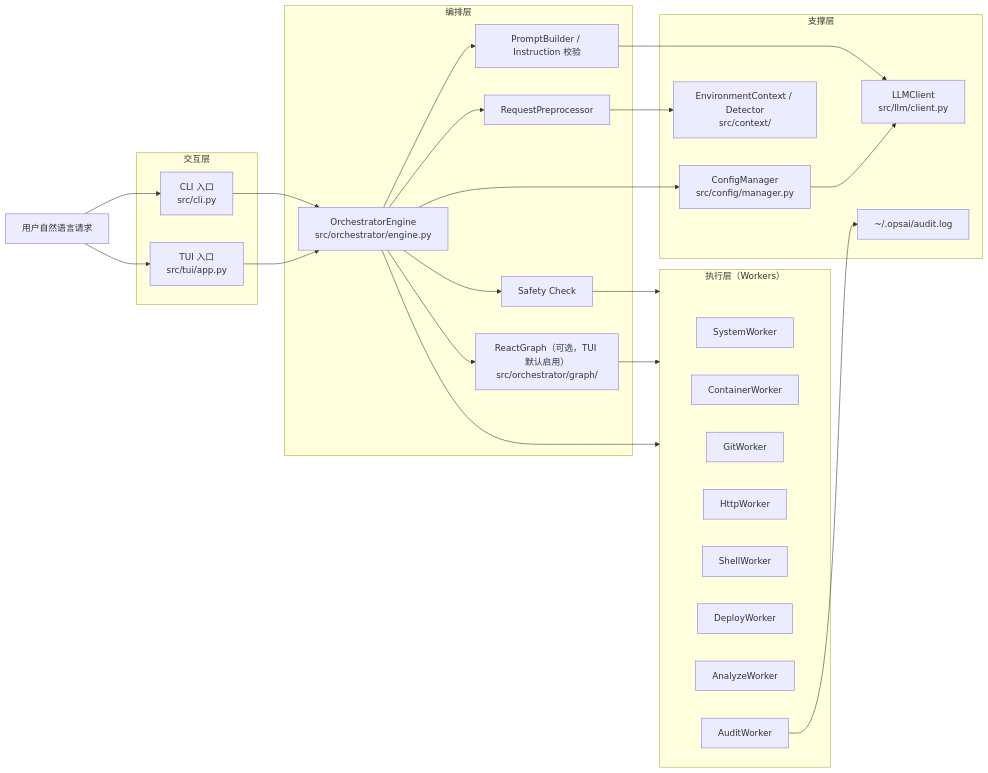
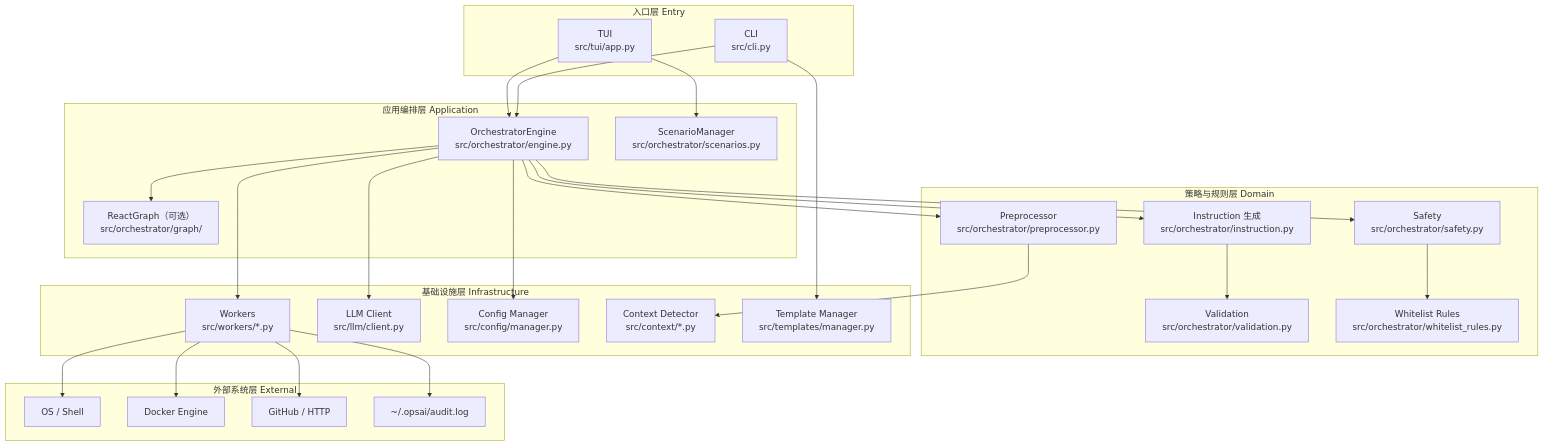
The diagram in README.md (qqzhangyanhua/mainer-cli), drawn with Mermaid before and after one commit. The commit also changed other lines of this file and 2 other files, not shown here.

Commit message:
feat: 为 /history 命令增加可选参数支持并优化状态栏反馈
【main分支】
- /history 现可接受 N 或 all 参数，灵活展示最近 N 条或全部会话记录
- 状态栏开关命令返回即时中文提示，提升交互体验
- README 系统架构图重排为 5 层 TB 流向，新增 ScenarioManager、Whitelist Rules 等组件并补充分层说明

````diff
--- a/README.md
+++ b/README.md
@@ -9,52 +9,58 @@
 ```mermaid
-flowchart LR
-    U["用户自然语言请求"]
-
-    subgraph Entry["交互层"]
-        CLI["CLI 入口<br/>src/cli.py"]
-        TUI["TUI 入口<br/>src/tui/app.py"]
+flowchart TB
+    subgraph L1["入口层 Entry"]
+        CLI["CLI<br/>src/cli.py"]
+        TUI["TUI<br/>src/tui/app.py"]
     end
 
-    subgraph Core["编排层"]
+    subgraph L2["应用编排层 Application"]
         ENG["OrchestratorEngine<br/>src/orchestrator/engine.py"]
-        GRAPH["ReactGraph（可选，TUI 默认启用）<br/>src/orchestrator/graph/"]
-        PRE["RequestPreprocessor"]
-        PROMPT["PromptBuilder / Instruction 校验"]
-        SAFE["Safety Check"]
+        GRAPH["ReactGraph（可选）<br/>src/orchestrator/graph/"]
+        SCN["ScenarioManager<br/>src/orchestrator/scenarios.py"]
     end
 
-    subgraph Runtime["执行层（Workers）"]
-        W_SYS["SystemWorker"]
-        W_CONTAINER["ContainerWorker"]
-        W_GIT["GitWorker"]
-        W_HTTP["HttpWorker"]
-        W_SHELL["ShellWorker"]
-        W_DEPLOY["DeployWorker"]
-        W_ANALYZE["AnalyzeWorker"]
-        W_AUDIT["AuditWorker"]
+    subgraph L3["策略与规则层 Domain"]
+        PRE["Preprocessor<br/>src/orchestrator/preprocessor.py"]
+        INS["Instruction 生成<br/>src/orchestrator/instruction.py"]
+        VAL["Validation<br/>src/orchestrator/validation.py"]
+        SAF["Safety<br/>src/orchestrator/safety.py"]
+        WLR["Whitelist Rules<br/>src/orchestrator/whitelist_rules.py"]
     end
 
-    subgraph Support["支撑层"]
-        CFG["ConfigManager<br/>src/config/manager.py"]
-        CTX["EnvironmentContext / Detector<br/>src/context/"]
-        LLM["LLMClient<br/>src/llm/client.py"]
-        LOG["~/.opsai/audit.log"]
+    subgraph L4["基础设施层 Infrastructure"]
+        WRK["Workers<br/>src/workers/*.py"]
+        LLM["LLM Client<br/>src/llm/client.py"]
+        CFG["Config Manager<br/>src/config/manager.py"]
+        CTX["Context Detector<br/>src/context/*.py"]
+        TMP["Template Manager<br/>src/templates/manager.py"]
     end
 
-    U --> CLI
-    U --> TUI
+    subgraph L5["外部系统层 External"]
+        OS["OS / Shell"]
+        DK["Docker Engine"]
+        GH["GitHub / HTTP"]
+        AUD["~/.opsai/audit.log"]
+    end
+
     CLI --> ENG
+    CLI --> TMP
     TUI --> ENG
+    TUI --> SCN
+
     ENG --> GRAPH
     ENG --> PRE
-    ENG --> PROMPT
-    ENG --> SAFE
+    ENG --> INS
+    INS --> VAL
+    ENG --> SAF
+    SAF --> WLR
+
     PRE --> CTX
-    PROMPT --> LLM
-    SAFE --> Runtime
-    GRAPH --> Runtime
-    ENG --> Runtime
     ENG --> CFG
-    CFG --> LLM
-    W_AUDIT --> LOG
+    ENG --> LLM
+    ENG --> WRK
+
+    WRK --> OS
+    WRK --> DK
+    WRK --> GH
+    WRK --> AUD
 ```
````
